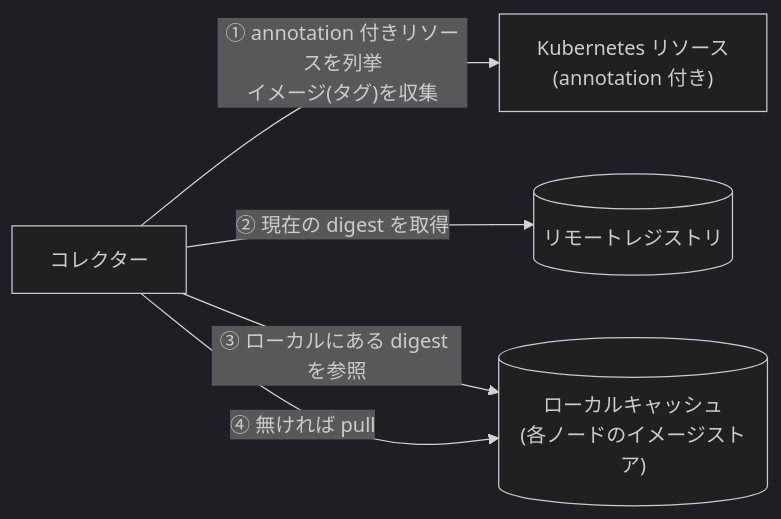
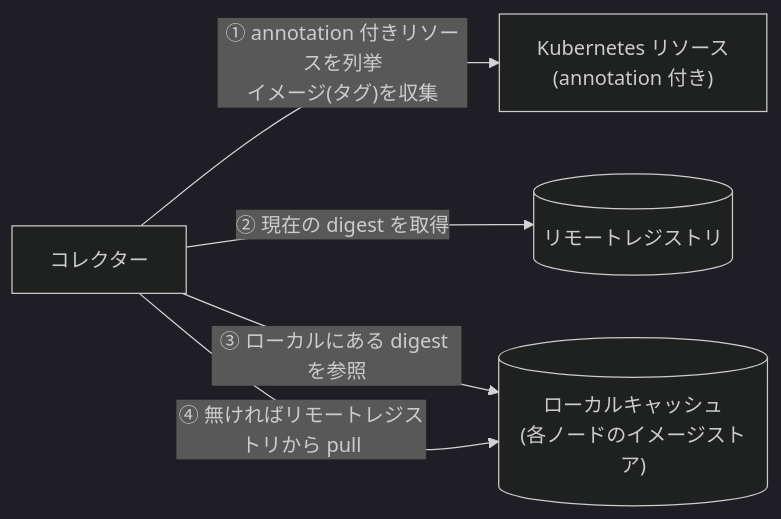
The first of 2 diagrams in README.md (sasano8/kube-floatingtag-pinner), drawn with Mermaid (dark theme) before and after one commit.

Commit message:
README: 図の④を「無ければリモートレジストリから pull」に修正
Claude-Session: https://claude.ai/code/session_019rZvkSL7Th44LVS5DsW2yH

````diff
--- a/README.md
+++ b/README.md
@@ -36,12 +36,12 @@
 ```mermaid
 flowchart LR
     K["Kubernetes リソース<br/>(annotation 付き)"]
     C["コレクター"]
     L[("ローカルキャッシュ<br/>(各ノードのイメージストア)")]
     R[("リモートレジストリ")]
 
     C -- "① annotation 付きリソースを列挙<br/>イメージ(タグ)を収集" --> K
     C -- "② 現在の digest を取得" --> R
     C -- "③ ローカルにある digest を参照" --> L
-    C -- "④ 無ければ pull" --> L
+    C -- "④ 無ければリモートレジストリから pull" --> L
 ```
````
